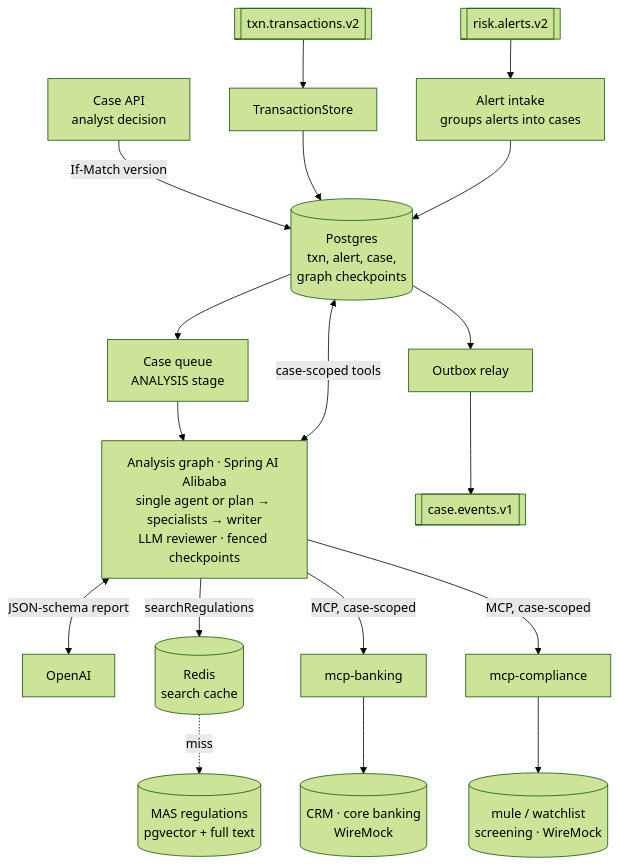
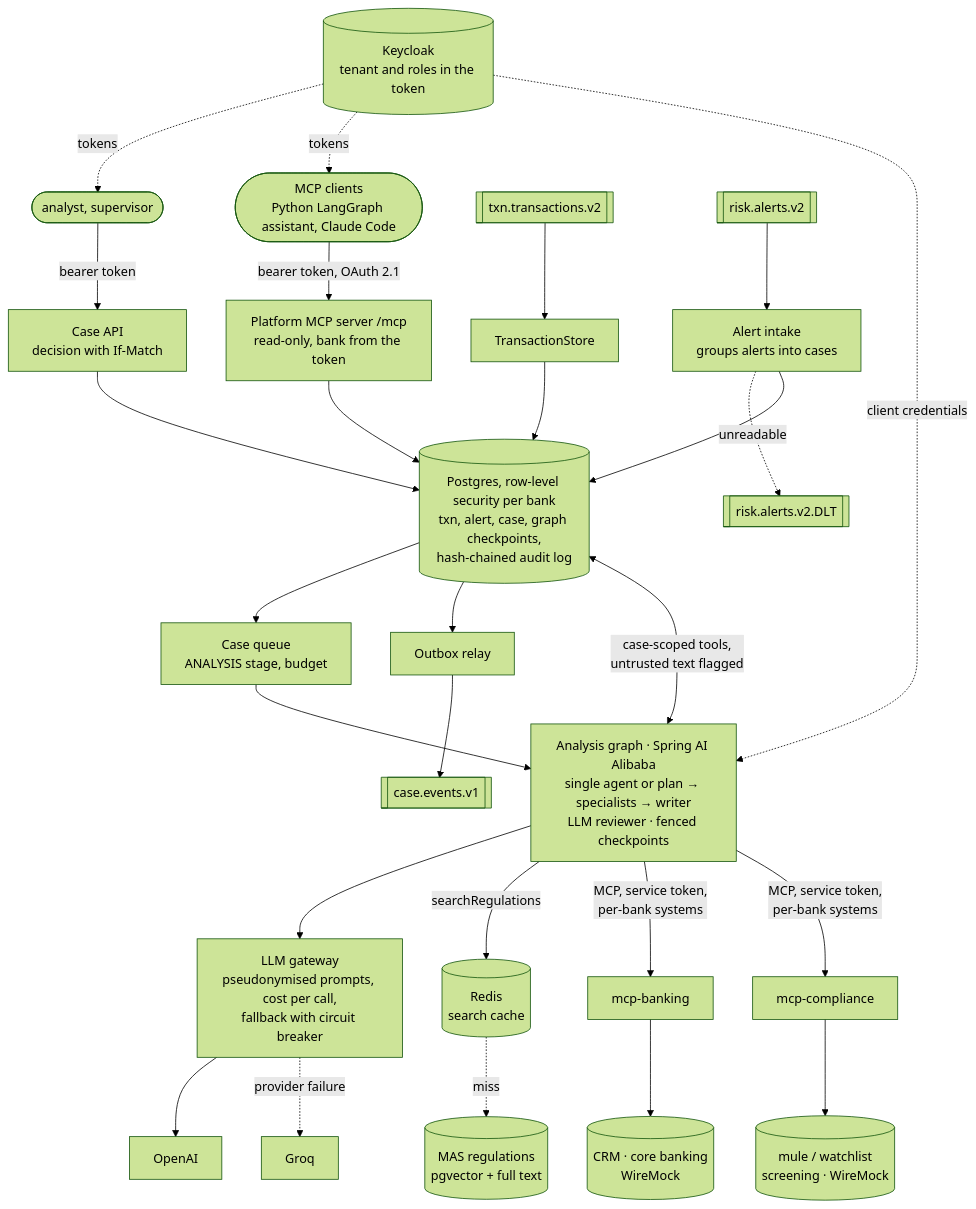
One commit to hongming-github/finsentinel changed the second of 2 diagrams in README.md. Above: the diagram before and after it, drawn with Mermaid (forest theme). The commit also changed other lines of this file, not shown here.

Commit message:
README: bring the architecture diagrams up to date
The agent-platform diagram predated phases 4C3 to 8A. It now shows the
platform's own MCP server and its clients, Keycloak (tokens with the
bank and roles, client credentials for the MCP servers), the LLM gateway
(pseudonymised prompts, cost per call, Groq fallback with a circuit
breaker), row-level security and the hash-chained audit log, flagged
untrusted text, and the alerts DLT. The data-path diagram notes that the
registry serves every Avro topic and that baselines are read from the
start on a cold start.

````diff
--- a/README.md
+++ b/README.md
@@ -29,16 +29,29 @@
 ```mermaid
 flowchart TB
+    KC[(Keycloak<br/>tenant and roles in the token)]
+    AN([analyst, supervisor]) -->|bearer token| API[Case API<br/>decision with If-Match]
+    EXT([MCP clients<br/>Python LangGraph assistant, Claude Code]) -->|bearer token, OAuth 2.1| MS[Platform MCP server /mcp<br/>read-only, bank from the token]
+    KC -.->|tokens| AN
+    KC -.->|tokens| EXT
+
     TX[[txn.transactions.v2]] --> TS[TransactionStore]
     AL[[risk.alerts.v2]] --> AI[Alert intake<br/>groups alerts into cases]
-    API[Case API<br/>analyst decision] -->|If-Match version| PG
-    TS --> PG[(Postgres<br/>txn, alert, case,<br/>graph checkpoints)]
+    AI -.->|unreadable| DLT[[risk.alerts.v2.DLT]]
+
+    TS --> PG[(Postgres, row-level security per bank<br/>txn, alert, case, graph checkpoints,<br/>hash-chained audit log)]
     AI --> PG
-    PG --> Q[Case queue<br/>ANALYSIS stage] --> AG[Analysis graph · Spring AI Alibaba<br/>single agent or plan → specialists → writer<br/>LLM reviewer · fenced checkpoints]
+    API --> PG
+    MS --> PG
+    PG --> Q[Case queue<br/>ANALYSIS stage, budget] --> AG[Analysis graph · Spring AI Alibaba<br/>single agent or plan → specialists → writer<br/>LLM reviewer · fenced checkpoints]
     PG --> OB[Outbox relay] --> K2[[case.events.v1]]
-    AG <-->|case-scoped tools| PG
-    AG <-->|JSON-schema report| LLM[OpenAI]
+
+    AG <-->|case-scoped tools,<br/>untrusted text flagged| PG
+    AG --> GW[LLM gateway<br/>pseudonymised prompts, cost per call,<br/>fallback with circuit breaker]
+    GW --> LLM[OpenAI]
+    GW -.->|provider failure| GQ[Groq]
     AG -->|searchRegulations| SC[(Redis<br/>search cache)]
     SC -.->|miss| KB[(MAS regulations<br/>pgvector + full text)]
-    AG -->|MCP, case-scoped| MB[mcp-banking] --> CRM[(CRM · core banking<br/>WireMock)]
-    AG -->|MCP, case-scoped| MC[mcp-compliance] --> SCR[(mule / watchlist<br/>screening · WireMock)]
+    AG -->|MCP, service token,<br/>per-bank systems| MB[mcp-banking] --> CRM[(CRM · core banking<br/>WireMock)]
+    AG -->|MCP, service token,<br/>per-bank systems| MC[mcp-compliance] --> SCR[(mule / watchlist<br/>screening · WireMock)]
+    KC -.->|client credentials| AG
 ```
````
